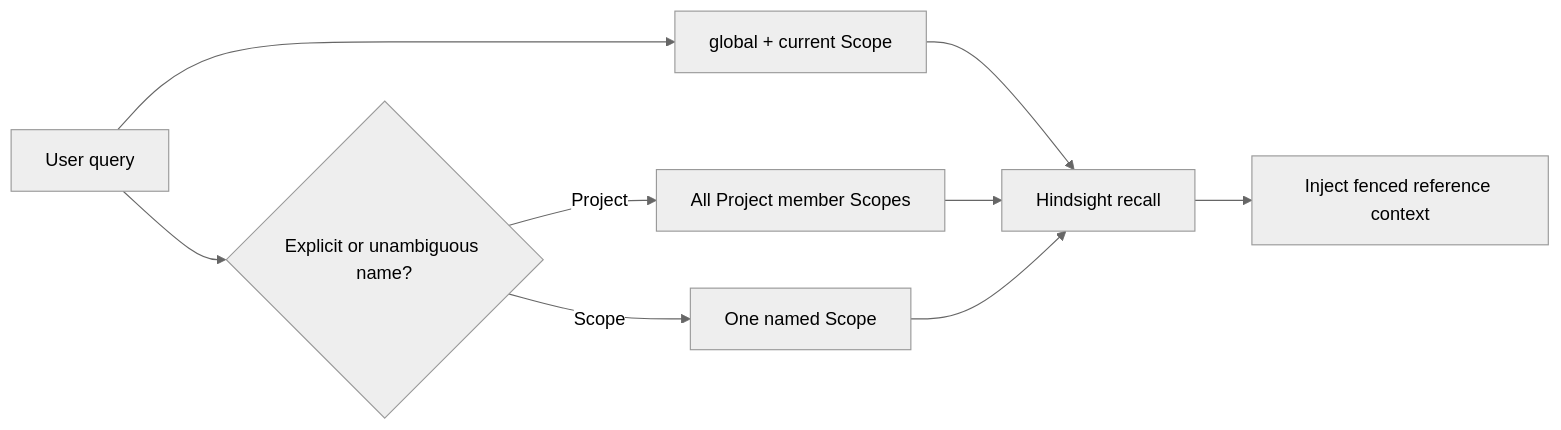
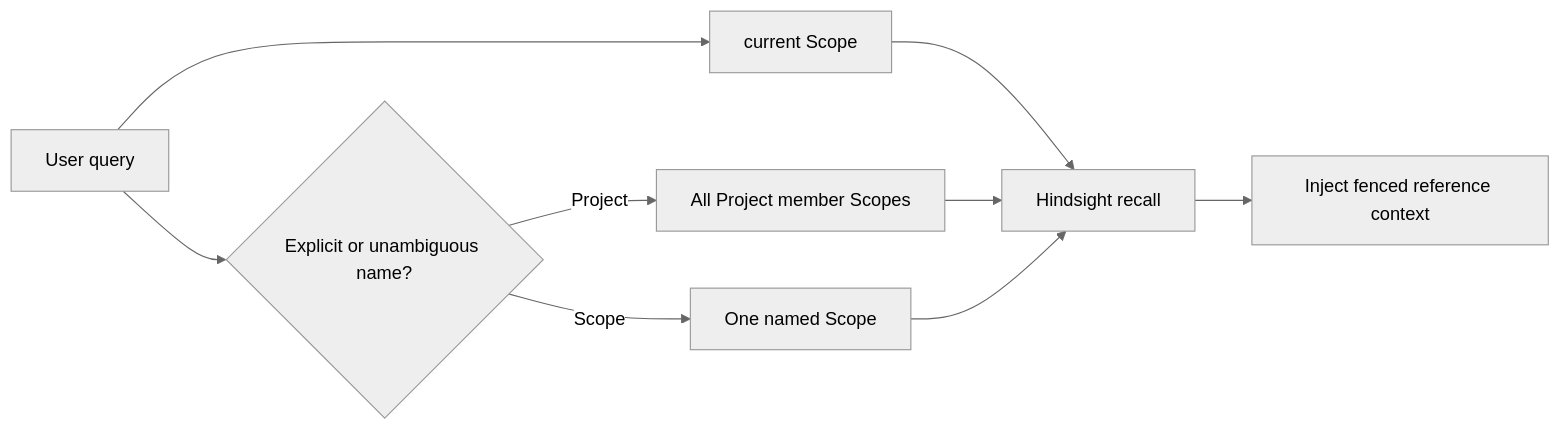
The third of 4 diagrams in README.md (dudong2/pi-memory-orchestrator), drawn with Mermaid (neutral theme) before and after one commit. The commit also changed other lines of this file and 18 other files, not shown here.

Commit message:
feat: remove global memory scope

````diff
--- a/README.md
+++ b/README.md
@@ -143,11 +139,11 @@
 ```mermaid
 flowchart LR
-    Query[User query] --> Default[global + current Scope]
+    Query[User query] --> Default[current Scope]
     Query --> Selector{Explicit or unambiguous name?}
     Selector -->|Project| Members[All Project member Scopes]
     Selector -->|Scope| One[One named Scope]
     Default --> Recall[Hindsight recall]
     Members --> Recall
     One --> Recall
     Recall --> Fence[Inject fenced reference context]
 ```
````
